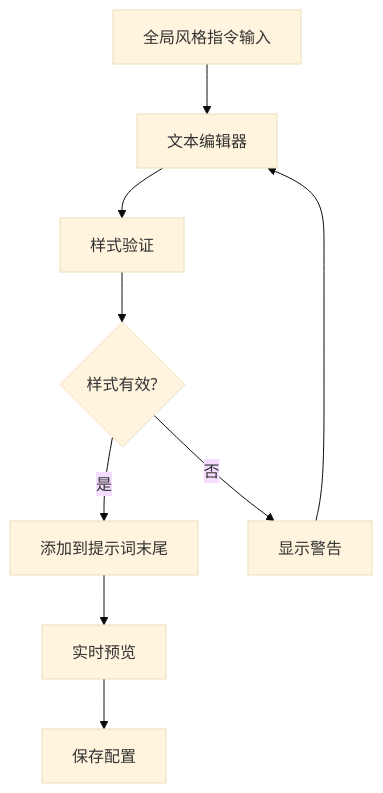
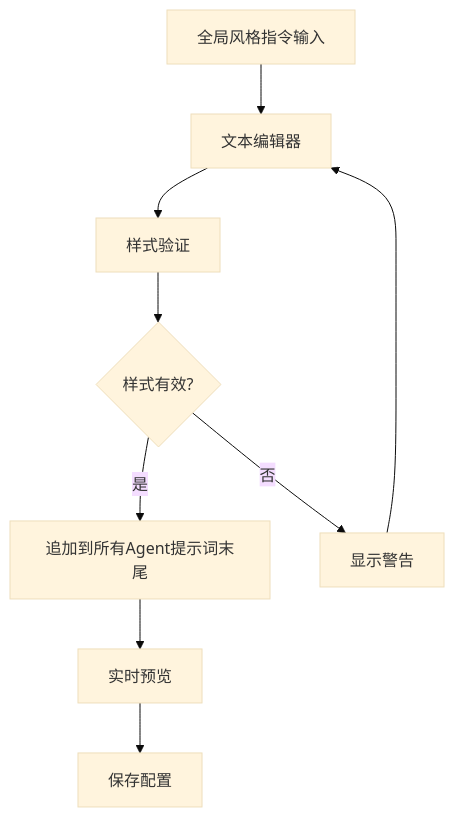
The fourth of 7 diagrams in .qoder/repowiki/zh/content/用户界面系统/提示词配置页面.md (suzvka/RimLife), drawn with Mermaid (base theme) before and after one commit. The commit also changed other lines of this file and 32 other files, not shown here.

````diff
--- a/.qoder/repowiki/zh/content/用户界面系统/提示词配置页面.md
+++ b/.qoder/repowiki/zh/content/用户界面系统/提示词配置页面.md
@@ -180,11 +198,11 @@
 ```mermaid
 flowchart TD
 A[全局风格指令输入] --> B[文本编辑器]
 B --> C[样式验证]
 C --> D{样式有效?}
-D --> |是| E[添加到提示词末尾]
+D --> |是| E[追加到所有Agent提示词末尾]
 D --> |否| F[显示警告]
 E --> G[实时预览]
 G --> H[保存配置]
 F --> B
 ```
````
